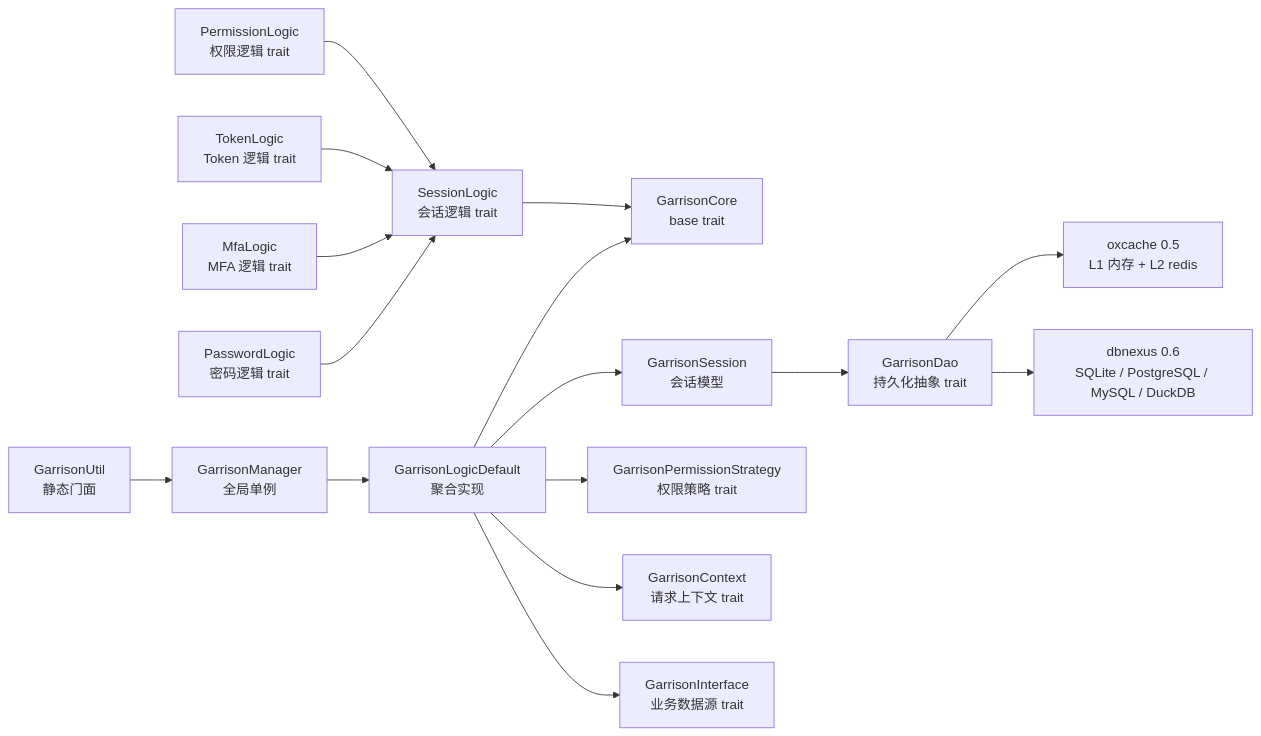
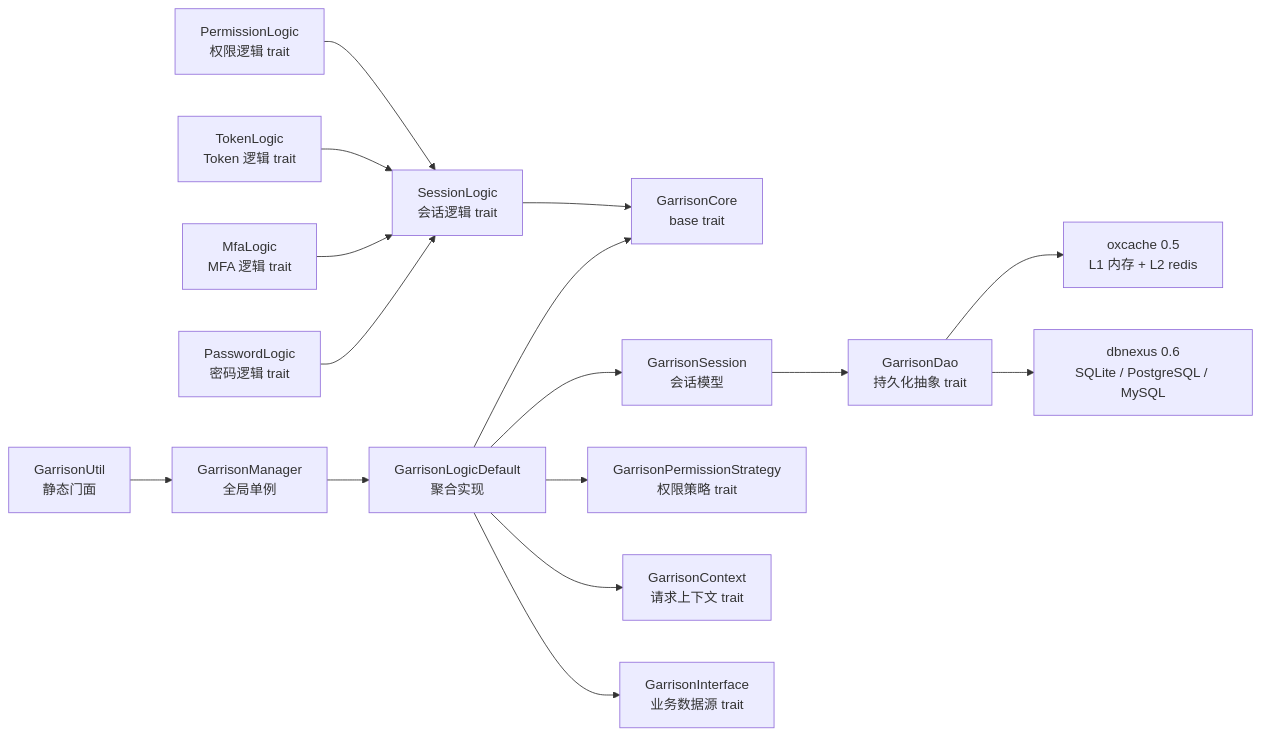
One commit to Kirky-X/garrison changed the second of 3 diagrams in docs/ARCHITECTURE.md. Above: the diagram before and after it, drawn with Mermaid. The commit also changed other lines of this file and 31 other files, not shown here.

````diff
--- a/docs/ARCHITECTURE.md
+++ b/docs/ARCHITECTURE.md
@@ -247,32 +247,32 @@
 ```mermaid
 graph LR
     BC[GarrisonCore<br/>base trait]
     SL[SessionLogic<br/>会话逻辑 trait]
     PL[PermissionLogic<br/>权限逻辑 trait]
     TL[TokenLogic<br/>Token 逻辑 trait]
     ML[MfaLogic<br/>MFA 逻辑 trait]
     PWL[PasswordLogic<br/>密码逻辑 trait]
     BI[GarrisonInterface<br/>业务数据源 trait]
     BD[GarrisonDao<br/>持久化抽象 trait]
     BS[GarrisonSession<br/>会话模型]
     BCtx[GarrisonContext<br/>请求上下文 trait]
     BFS[GarrisonPermissionStrategy<br/>权限策略 trait]
     BM[GarrisonManager<br/>全局单例]
     BU[GarrisonUtil<br/>静态门面]
 
     BU --> BM
     BM --> BLD[GarrisonLogicDefault<br/>聚合实现]
     BLD --> BC
     SL --> BC
     PL --> SL
     TL --> SL
     ML --> SL
     PWL --> SL
     BLD --> BS
     BLD --> BFS
     BLD --> BCtx
     BS --> BD
     BLD --> BI
     BD --> oxcache[oxcache 0.5<br/>L1 内存 + L2 redis]
-    BD --> dbnexus[dbnexus 0.6<br/>SQLite / PostgreSQL / MySQL / DuckDB]
+    BD --> dbnexus[dbnexus 0.6<br/>SQLite / PostgreSQL / MySQL]
 ```
````
